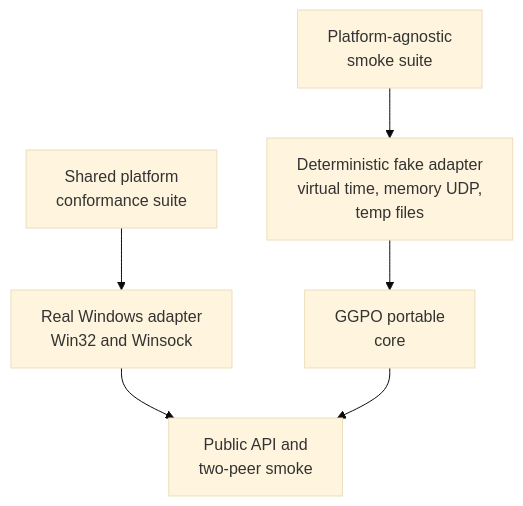
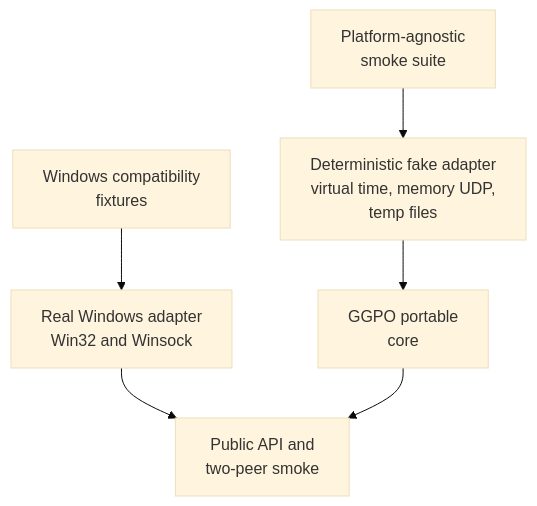
Before and after one commit to irregularthanis/ggpo-next: the second of 5 diagrams in doc/planning/2026-11-06-platform_agnostic_core/TECH_PLAN.md, drawn with Mermaid (base theme). The commit also changed other lines of this file and 8 other files, not shown here.

````diff
--- a/doc/planning/2026-11-06-platform_agnostic_core/TECH_PLAN.md
+++ b/doc/planning/2026-11-06-platform_agnostic_core/TECH_PLAN.md
@@ -235,14 +240,14 @@
 ```mermaid
 flowchart TD
     CoreSuite["Platform-agnostic<br/>smoke suite"]
     Fake["Deterministic fake adapter<br/>virtual time, memory UDP,<br/>temp files"]
     Core["GGPO portable<br/>core"]
-    ContractSuite["Shared platform<br/>conformance suite"]
+    ContractSuite["Windows compatibility<br/>fixtures"]
     Windows["Real Windows adapter<br/>Win32 and Winsock"]
     Full["Public API and<br/>two-peer smoke"]
 
     CoreSuite --> Fake --> Core
     ContractSuite --> Windows
     Windows --> Full
     Core --> Full
 ```
````
